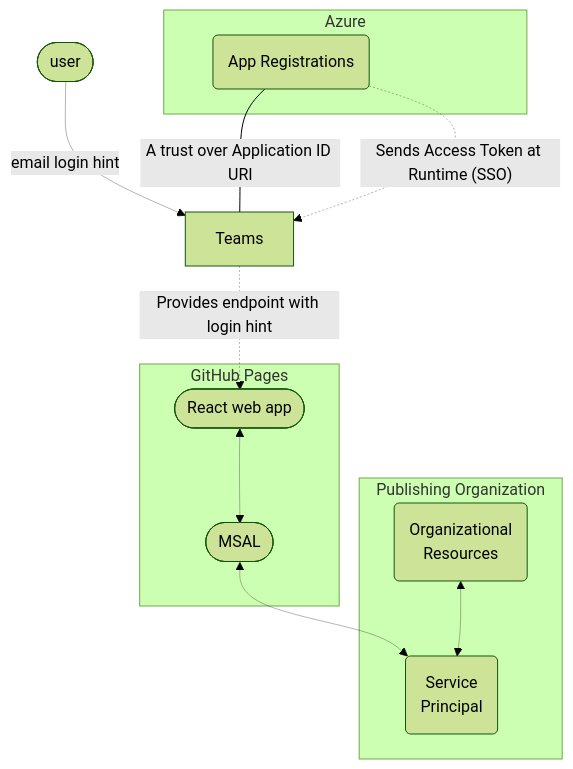
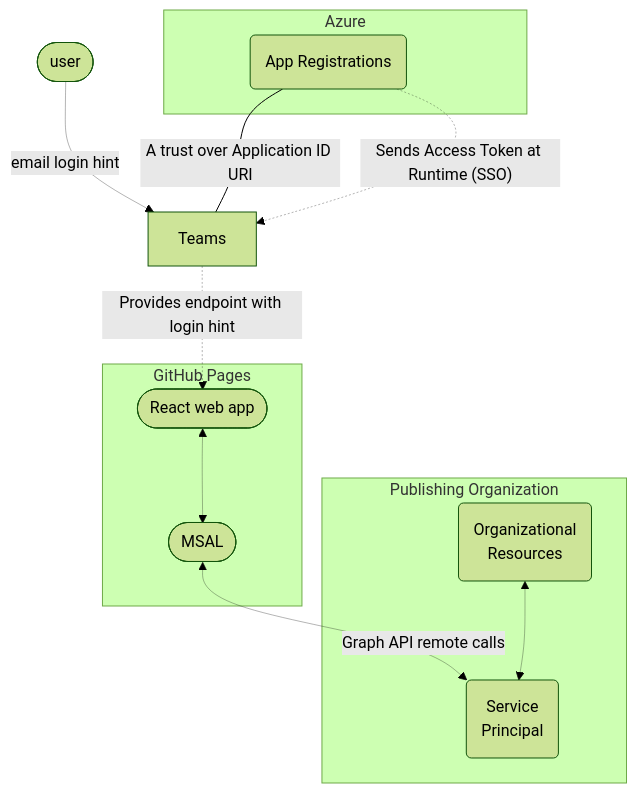
Before and after one commit to CynicDog/azure-entra-in-spa: the second of 3 diagrams in README.md, drawn with Mermaid (forest theme).

````diff
--- a/README.md
+++ b/README.md
@@ -55,29 +55,29 @@
 ```mermaid
 flowchart TD
     subgraph Azure 
         A(App Registrations) 
     end 
     
     B[Teams]
     
     subgraph GitHub Pages
         C([React web app])
         D([MSAL])
     end 
 
     subgraph Publishing Organization 
         E(Organizational \nResources)
         F(Service \nPrincipal)
     end 
 
     G([user]) --> |email login hint|B
 
     A --- |A trust over Application ID URI|B
     A -. Sends Access Token at Runtime (SSO) .-> B
     B -. Provides endpoint with login hint .-> C
     C <--> D
-    D <--> F
+    D <-- Graph API remote calls --> F
     E <--> F
     
     linkStyle 0,2,3,4,5,6 stroke-width:.3px;
 ```
````
